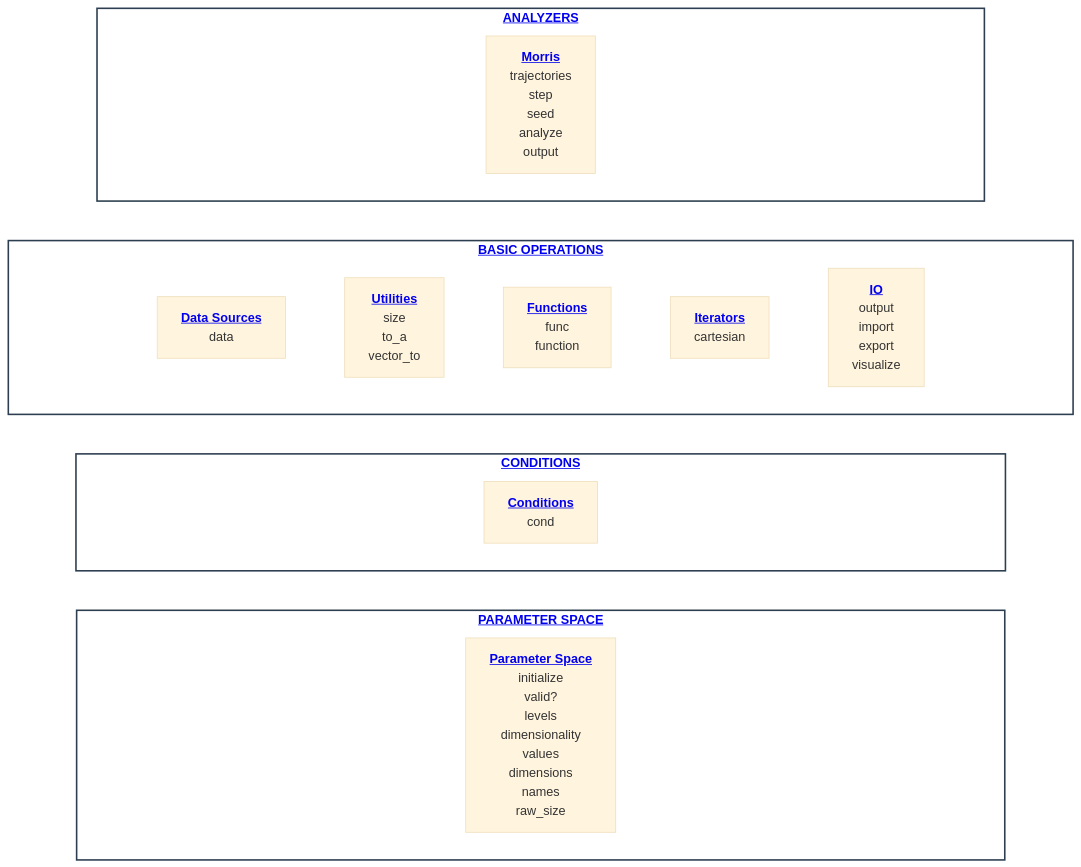
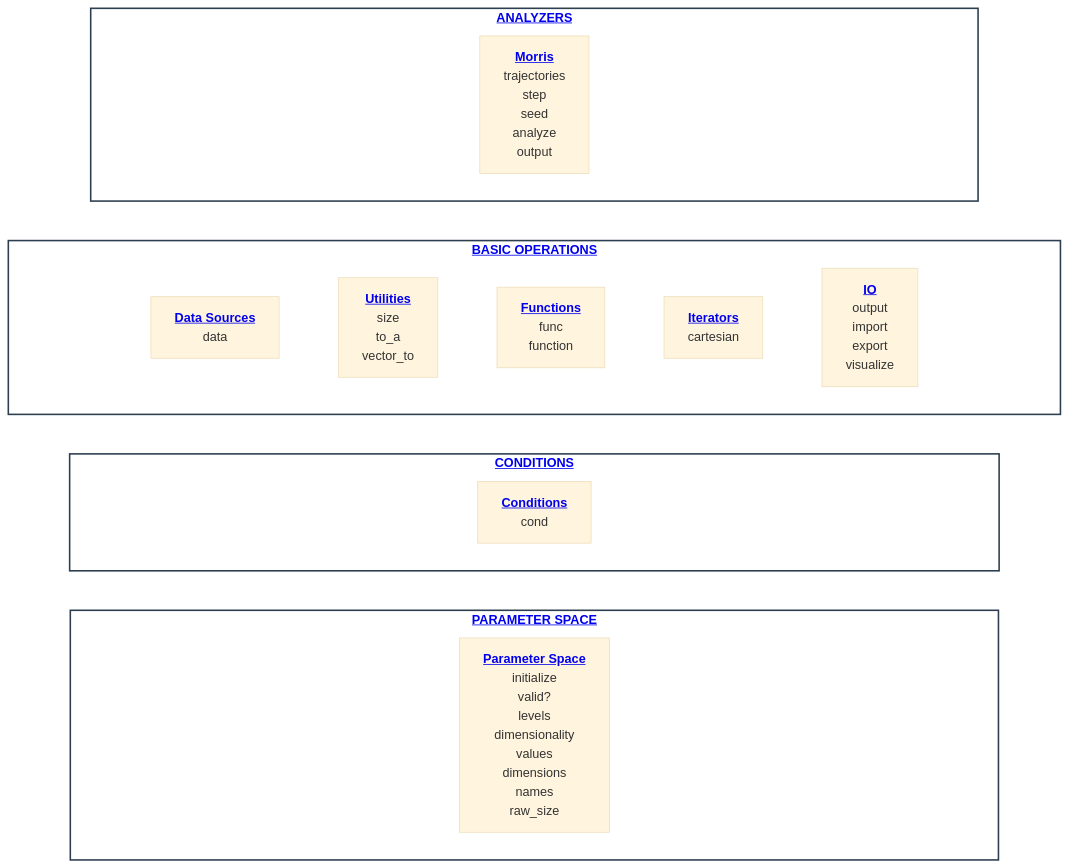
One commit to Yuri-Rassokhin/flex-cartesian changed the diagram in docs/api/api.md. Above: the diagram before and after it, drawn with Mermaid (base theme).

Commit message:
updated: README

````diff
--- a/docs/api/api.md
+++ b/docs/api/api.md
@@ -6,31 +6,31 @@
 ```mermaid
 flowchart TB
     classDef layer fill:#ffffff,stroke:#2c3e50,stroke-width:2px;
     classDef ghost fill:transparent,stroke:transparent,color:transparent;
 
     subgraph Analyzers ["<a href='https://github.com/Yuri-Rassokhin/flex-cartesian/blob/main/docs/api/api.md#analyzers'><b>ANALYZERS</b></a>"]
         direction LR
         gA1["xxxxxxxxxxxxxxxxxxxxxxxxxxxxxxxxxxxxxxxx"]:::ghost ~~~ M["<a href='https://github.com/Yuri-Rassokhin/flex-cartesian/blob/main/docs/api/api.md#morris-analyzer'><b>Morris</b></a><br/>trajectories<br/>step<br/>seed<br/>analyze<br/>output"] ~~~ gA2["xxxxxxxxxxxxxxxxxxxxxxxxxxxxxxxxxxxxxxxx"]:::ghost
     end
 
     subgraph Core ["<a href='https://github.com/Yuri-Rassokhin/flex-cartesian/blob/main/docs/api/api.md#basic-operations'><b>BASIC OPERATIONS</b></a>"]
         direction LR
-        gD1["xx"]:::ghost ~~~ DS["<a href='https://github.com/Yuri-Rassokhin/flex-cartesian/blob/main/docs/api/api.md#data-sources'><b>Data Sources</b></a><br/>data"] ~~~ UT["<a href='https://github.com/Yuri-Rassokhin/flex-cartesian/blob/main/docs/api/api.md#utilities'><b>Utilities</b></a><br/>size<br/>to_a<br/>vector_to"] ~~~ FN["<a href='https://github.com/Yuri-Rassokhin/flex-cartesian/blob/main/docs/api/api.md#functions'><b>Functions</b></a><br/>func<br/>function"] ~~~ IT["<a href='https://github.com/Yuri-Rassokhin/flex-cartesian/blob/main/docs/api/api.md#iterators'><b>Iterators</b></a><br/>cartesian"] ~~~ IO["<a href='https://github.com/Yuri-Rassokhin/flex-cartesian/blob/main/docs/api/api.md#io'><b>IO</b></a><br/>output<br/>import<br/>export<br/>visualize"] ~~~ gD2["xx"]:::ghost
+        gD1["x"]:::ghost ~~~ DS["<a href='https://github.com/Yuri-Rassokhin/flex-cartesian/blob/main/docs/api/api.md#data-sources'><b>Data Sources</b></a><br/>data"] ~~~ UT["<a href='https://github.com/Yuri-Rassokhin/flex-cartesian/blob/main/docs/api/api.md#utilities'><b>Utilities</b></a><br/>size<br/>to_a<br/>vector_to"] ~~~ FN["<a href='https://github.com/Yuri-Rassokhin/flex-cartesian/blob/main/docs/api/api.md#functions'><b>Functions</b></a><br/>func<br/>function"] ~~~ IT["<a href='https://github.com/Yuri-Rassokhin/flex-cartesian/blob/main/docs/api/api.md#iterators'><b>Iterators</b></a><br/>cartesian"] ~~~ IO["<a href='https://github.com/Yuri-Rassokhin/flex-cartesian/blob/main/docs/api/api.md#io'><b>IO</b></a><br/>output<br/>import<br/>export<br/>visualize"] ~~~ gD2["x"]:::ghost
     end
 
     subgraph Cond ["<a href='https://github.com/Yuri-Rassokhin/flex-cartesian/blob/main/docs/api/api.md#conditions'><b>CONDITIONS</b></a>"]
         direction LR
         gC1["xxxxxxxxxxxxxxxxxxxxxxxxxxxxxxxxxxxxxxxxxxx"]:::ghost ~~~ C["<a href='https://github.com/Yuri-Rassokhin/flex-cartesian/blob/main/docs/api/api.md#conditions'><b>Conditions</b></a><br/>cond"] ~~~ gC2["xxxxxxxxxxxxxxxxxxxxxxxxxxxxxxxxxxxxxxxxxxx"]:::ghost
     end
 
     subgraph Params ["<a href='https://github.com/Yuri-Rassokhin/flex-cartesian/blob/main/docs/api/api.md#parameter-space'><b>PARAMETER SPACE</b></a>"]
         direction LR
         gP1["xxxxxxxxxxxxxxxxxxxxxxxxxxxxxxxxxxxxxxxx"]:::ghost ~~~ PS["<a href='https://github.com/Yuri-Rassokhin/flex-cartesian/blob/main/docs/api/api.md#parameter-space'><b>Parameter Space</b></a><br/>initialize<br/>valid?<br/>levels<br/>dimensionality<br/>values<br/>dimensions<br/>names<br/>raw_size"] ~~~ gP2["xxxxxxxxxxxxxxxxxxxxxxxxxxxxxxxxxxxxxxxx"]:::ghost
     end
 
     Analyzers ~~~ Core
     Core ~~~ Cond
     Cond ~~~ Params
 
     class Analyzers,Core,Cond,Params layer;
 ```
````
